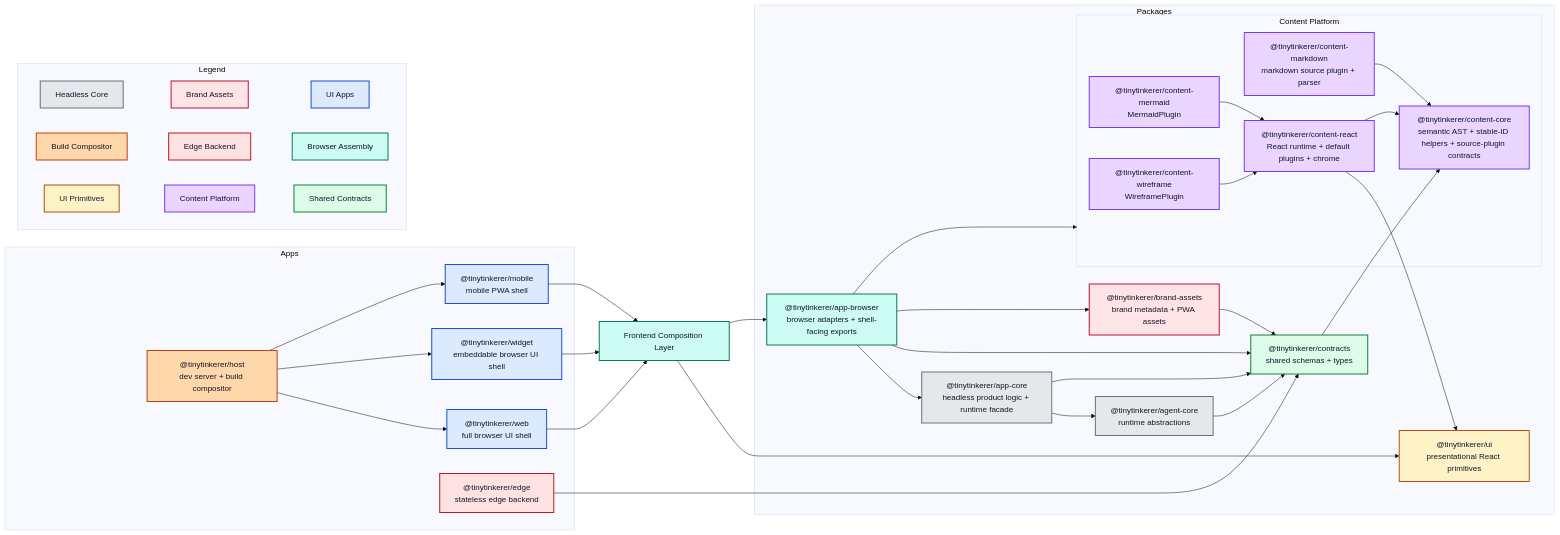
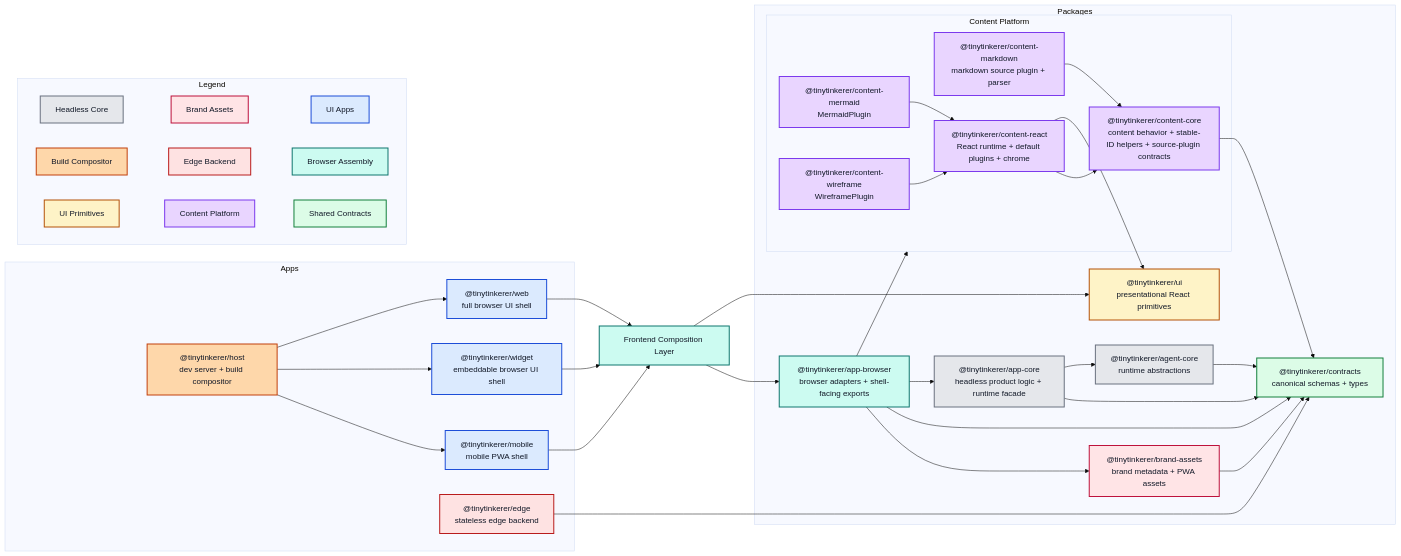
One commit to NNTin/tinytinkerer changed the diagram in docs/ARCHITECTURE.md. Above: the diagram before and after it, drawn with Mermaid (base theme). The commit also changed other lines of this file and 14 other files, not shown here.

Commit message:
refactor: canonical contracts

```diff
--- a/docs/ARCHITECTURE.md
+++ b/docs/ARCHITECTURE.md
@@ -46,7 +46,7 @@
   common["Frontend Composition Layer"]
 
   subgraph Packages
-    contracts["@tinytinkerer/contracts<br/>shared schemas + types"]
+    contracts["@tinytinkerer/contracts<br/>canonical schemas + types"]
     agent["@tinytinkerer/agent-core<br/>runtime abstractions"]
     appcore["@tinytinkerer/app-core<br/>headless product logic + runtime facade"]
     appbrowser["@tinytinkerer/app-browser<br/>browser adapters + shell-facing exports"]
@@ -54,7 +54,7 @@
     ui["@tinytinkerer/ui<br/>presentational React primitives"]
 
     subgraph ContentPlatform["Content Platform"]
-      contentcore["@tinytinkerer/content-core<br/>semantic AST + stable-ID helpers + source-plugin contracts"]
+      contentcore["@tinytinkerer/content-core<br/>content behavior + stable-ID helpers + source-plugin contracts"]
       contentmarkdown["@tinytinkerer/content-markdown<br/>markdown source plugin + parser"]
       contentreact["@tinytinkerer/content-react<br/>React runtime + default plugins + chrome"]
       contentmermaid["@tinytinkerer/content-mermaid<br/>MermaidPlugin"]
@@ -91,7 +91,7 @@
 
   agent --> contracts
   brand --> contracts
-  contracts --> contentcore
+  contentcore --> contracts
 
   subgraph Legend
     direction LR
```
